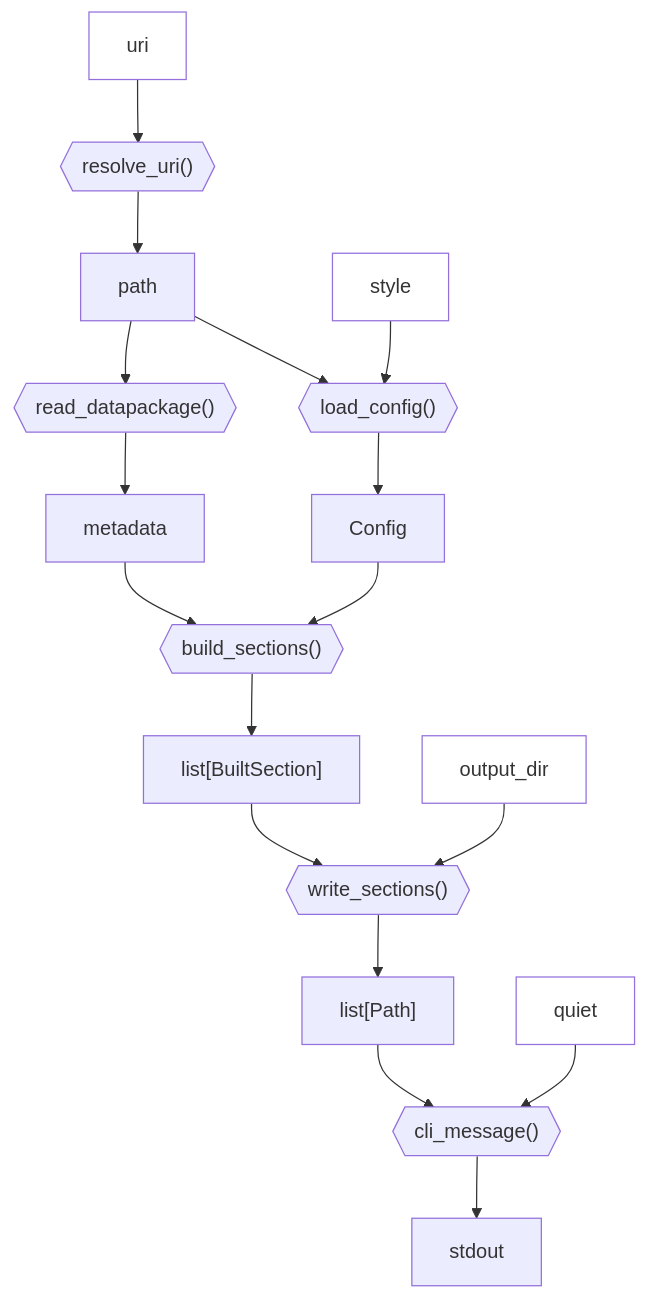
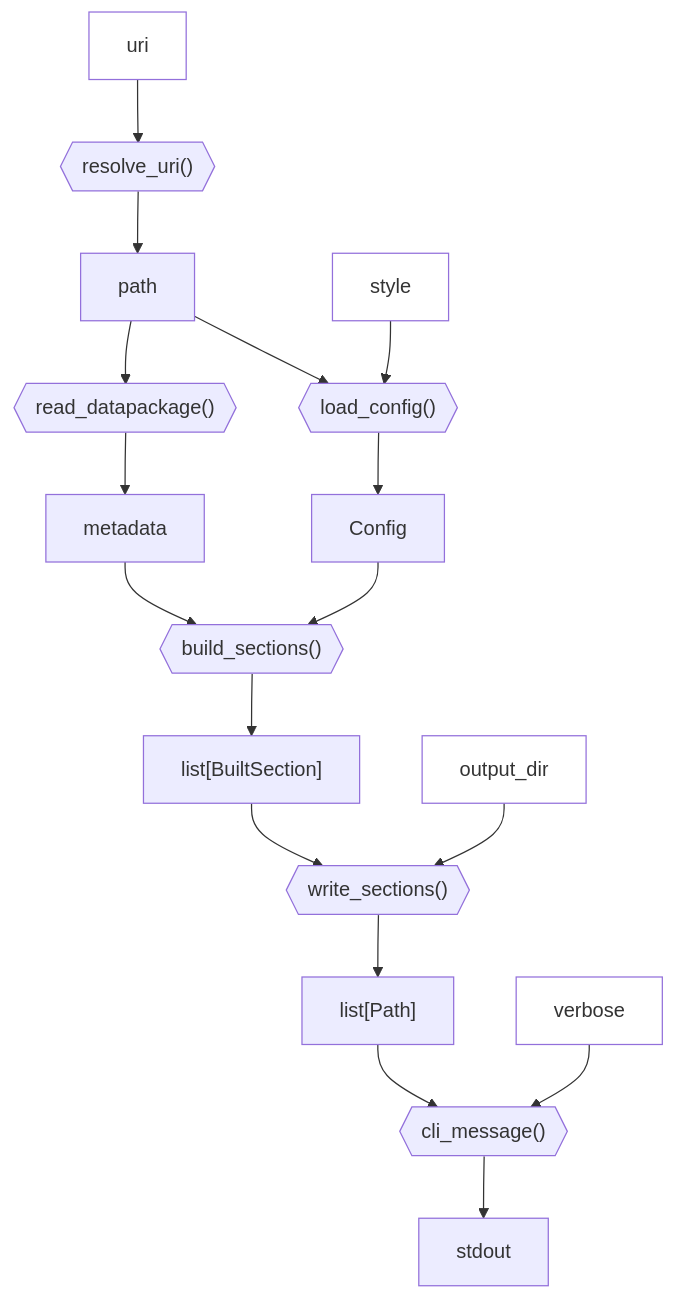
The diagram in docs/design/interface/python.qmd (seedcase-project/seedcase-flower), drawn with Mermaid before and after one commit. The commit also changed other lines of this file, not shown here.

````diff
--- a/docs/design/interface/python.qmd
+++ b/docs/design/interface/python.qmd
@@ -61,17 +57,17 @@
 ```{mermaid}
 %%| label: fig-python-build-flow
 %%| fig-cap: "Diagram of the internal flow of functions and objects in the `build()` CLI function."
 flowchart TD
     uri:::input --> resolve_uri{{"resolve_uri()"}} --> path
     path --> load_config{{"load_config()"}} --> Config
     style_cfg[style]:::input --> load_config
     path --> read_dp{{"read_datapackage()"}} --> metadata
     metadata & Config --> build_sections{{"build_sections()"}} --> output["list[BuiltSection]"]
     output --> write_sections{{"write_sections()"}}
     output_dir:::input --> write_sections
     write_sections --> files["list[Path]"]
     files --> cli_message{{"cli_message()"}} --> stdout
-    quiet:::input --> cli_message
+    verbose:::input --> cli_message
 
     classDef input fill:#FFF
 ```
````
